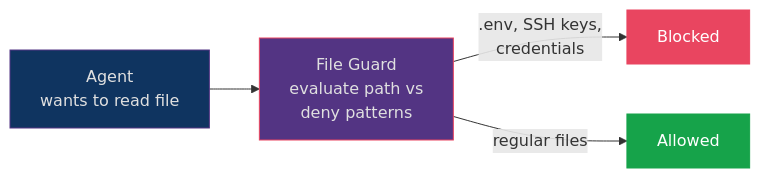
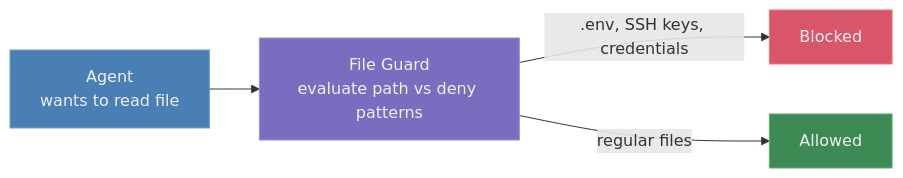
The ninth of 15 diagrams in ARCHITECTURE.md (OpenObscure/OpenObscure), drawn with Mermaid before and after one commit. The commit also changed other lines of this file and 7 other files, not shown here.

First line of the commit message:
Improve diagrams, screenshot, and repo hygiene

````diff
--- a/ARCHITECTURE.md
+++ b/ARCHITECTURE.md
@@ -371,11 +371,11 @@
 ```mermaid
 flowchart LR
-    agent["Agent\nwants to read file"] --> check["File Guard\nevaluate path vs\ndeny patterns"]
-    check -->|".env, SSH keys,\ncredentials"| blocked["Blocked"]
+    agent["Agent<br>wants to read file"] --> check["File Guard<br>evaluate path vs deny patterns"]
+    check -->|".env, SSH keys, credentials"| blocked["Blocked"]
     check -->|"regular files"| allowed["Allowed"]
 
-    style agent fill:#0f3460,stroke:#533483,color:#e0e0e0
-    style check fill:#533483,stroke:#e94560,color:#e0e0e0
-    style blocked fill:#e94560,stroke:#e94560,color:#fff
-    style allowed fill:#16a34a,stroke:#16a34a,color:#fff
+    style agent fill:#4a7fb5,stroke:#6a9fd5,color:#f0f0f0
+    style check fill:#7c6cbf,stroke:#9c8cdf,color:#f0f0f0
+    style blocked fill:#d9556a,stroke:#e97585,color:#f0f0f0
+    style allowed fill:#3d8a55,stroke:#5daa75,color:#f0f0f0
 ```
````
